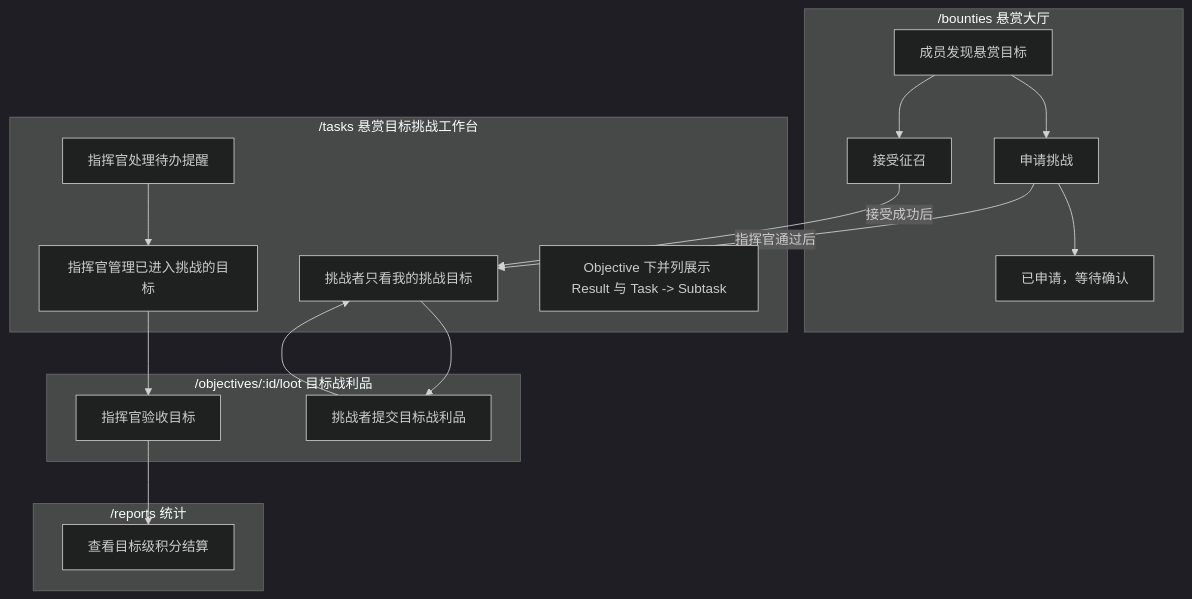
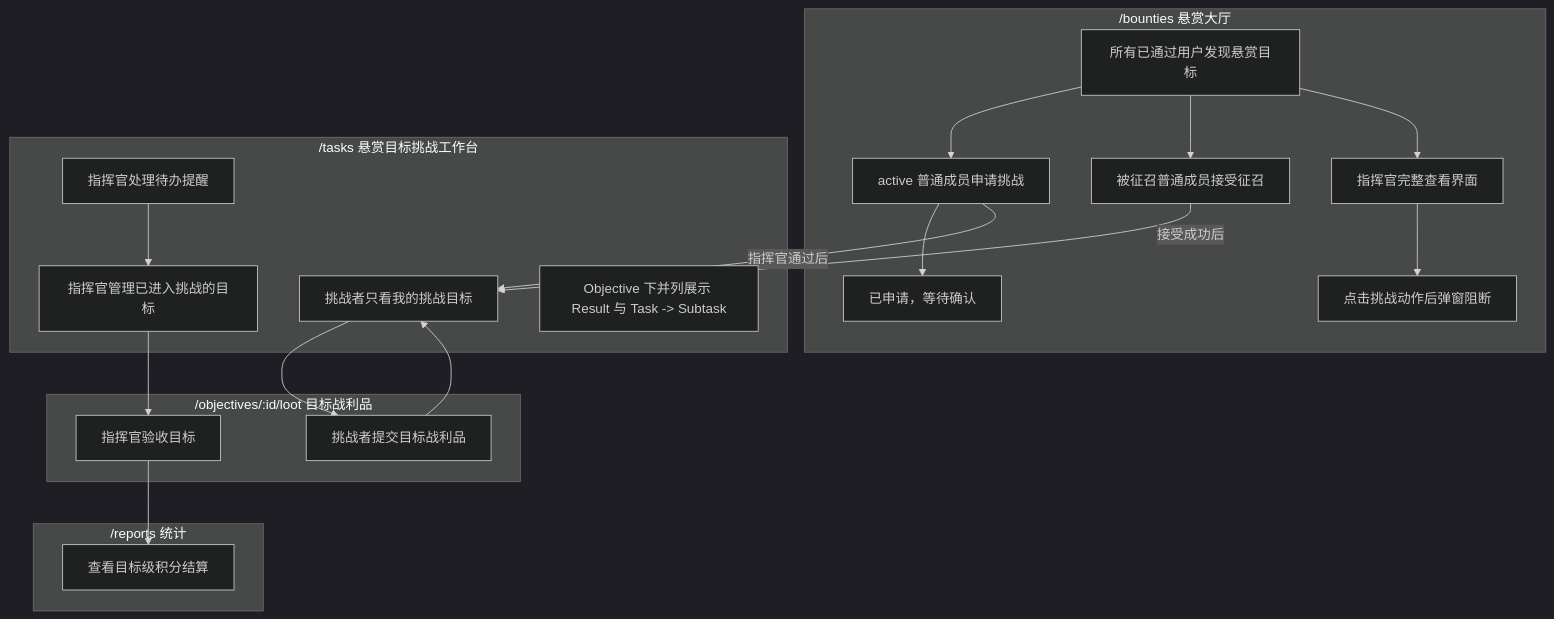
One commit to xueyu888/ORF changed the first of 7 diagrams in docs/frontend/ORF 前端流程测试.md. Above: the diagram before and after it, drawn with Mermaid (dark theme). The commit also changed other lines of this file and 6 other files, not shown here.

````diff
--- a/docs/frontend/ORF 前端流程测试.md
+++ b/docs/frontend/ORF 前端流程测试.md
@@ -41,35 +41,38 @@
 ```mermaid
 flowchart TD
   subgraph Hall["/bounties 悬赏大厅"]
-    H1[成员发现悬赏目标]
-    H2[申请挑战]
-    H3[接受征召]
+    H1[所有已通过用户发现悬赏目标]
+    H2[active 普通成员申请挑战]
+    H3[被征召普通成员接受征召]
     H4[已申请，等待确认]
+    H5[指挥官完整查看界面]
+    H6[点击挑战动作后弹窗阻断]
   end
 
   subgraph Workbench["/tasks 悬赏目标挑战工作台"]
     W1[指挥官处理待办提醒]
     W2[指挥官管理已进入挑战的目标]
     W3[挑战者只看我的挑战目标]
     W4[Objective 下并列展示 Result 与 Task -> Subtask]
   end
 
   subgraph Loot["/objectives/:id/loot 目标战利品"]
     L1[挑战者提交目标战利品]
     L2[指挥官验收目标]
   end
 
   subgraph Reports["/reports 统计"]
     R1[查看目标级积分结算]
   end
 
   H1 --> H2 --> H4
   H1 --> H3
+  H1 --> H5 --> H6
   H2 -->|指挥官通过后| W3
   H3 -->|接受成功后| W3
   W1 --> W2
   W2 --> L2
   W3 --> L1
   L1 --> W3
   L2 --> R1
 ```
````
